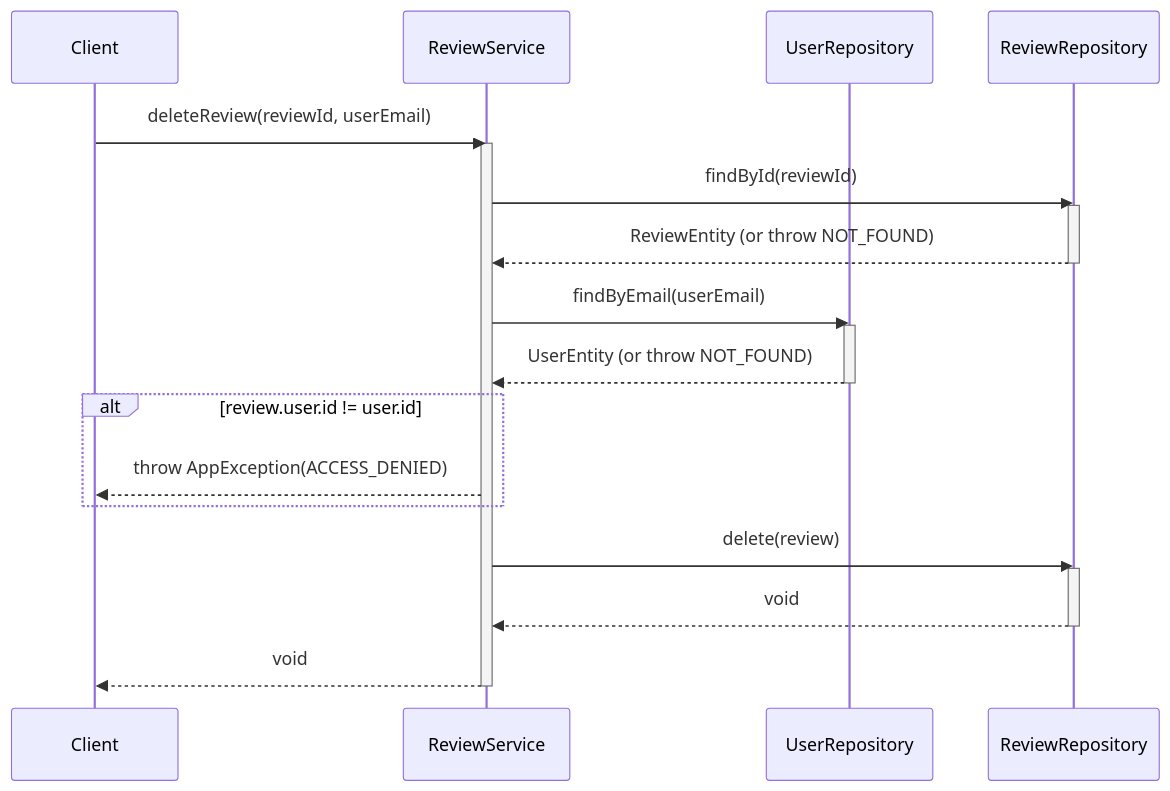
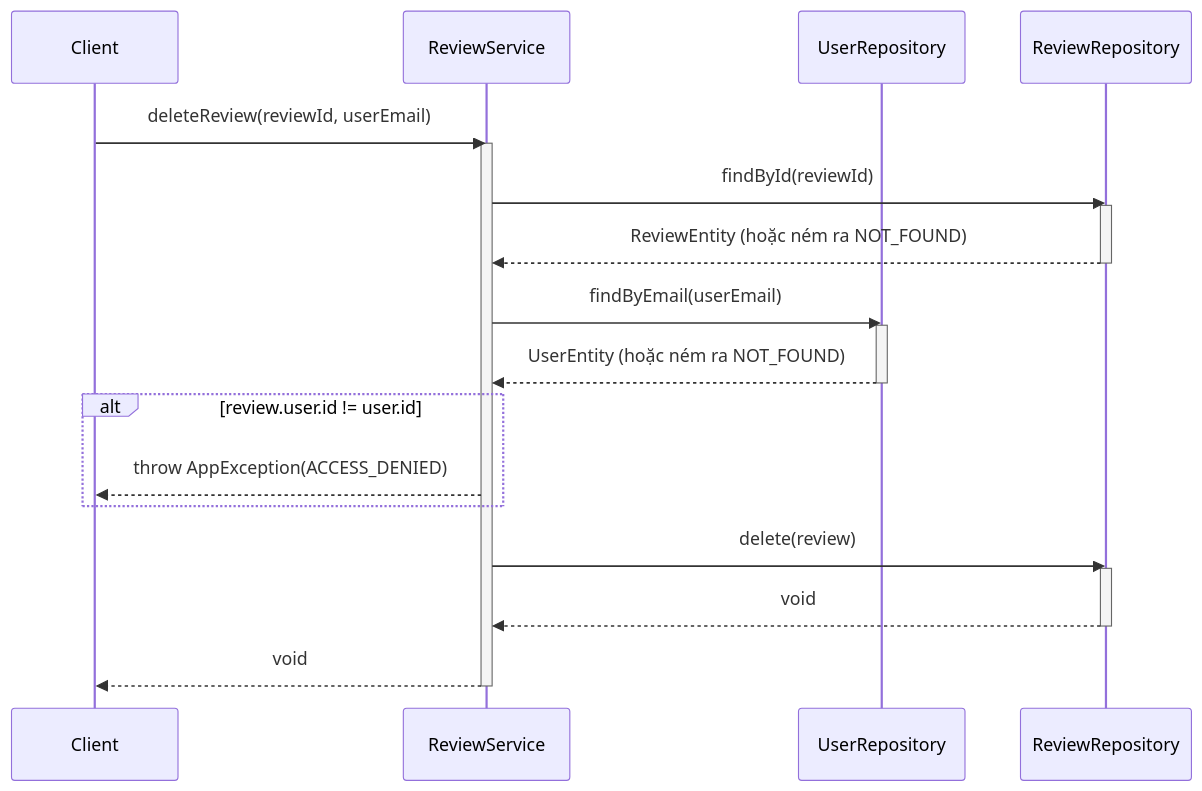
One commit to aquoc09/easymall changed the sixth of 6 diagrams in .agent/sequence/review_service_sequence_diagrams.md. Above: the diagram before and after it, drawn with Mermaid. The commit also changed other lines of this file and 18 other files, not shown here.

Commit message:
UPDATE: Sequence diagram vietnamese

````diff
--- a/.agent/sequence/review_service_sequence_diagrams.md
+++ b/.agent/sequence/review_service_sequence_diagrams.md
@@ -189,32 +189,32 @@
 ```mermaid
 sequenceDiagram
     participant Client
     participant ReviewService
     participant UserRepository
     participant ReviewRepository
 
     Client->>ReviewService: deleteReview(reviewId, userEmail)
     activate ReviewService
 
     ReviewService->>ReviewRepository: findById(reviewId)
     activate ReviewRepository
-    ReviewRepository-->>ReviewService: ReviewEntity (or throw NOT_FOUND)
+    ReviewRepository-->>ReviewService: ReviewEntity (hoặc ném ra NOT_FOUND)
     deactivate ReviewRepository
 
     ReviewService->>UserRepository: findByEmail(userEmail)
     activate UserRepository
-    UserRepository-->>ReviewService: UserEntity (or throw NOT_FOUND)
+    UserRepository-->>ReviewService: UserEntity (hoặc ném ra NOT_FOUND)
     deactivate UserRepository
 
     alt review.user.id != user.id
         ReviewService-->>Client: throw AppException(ACCESS_DENIED)
     end
 
     ReviewService->>ReviewRepository: delete(review)
     activate ReviewRepository
     ReviewRepository-->>ReviewService: void
     deactivate ReviewRepository
 
     ReviewService-->>Client: void
     deactivate ReviewService
 ```
````
